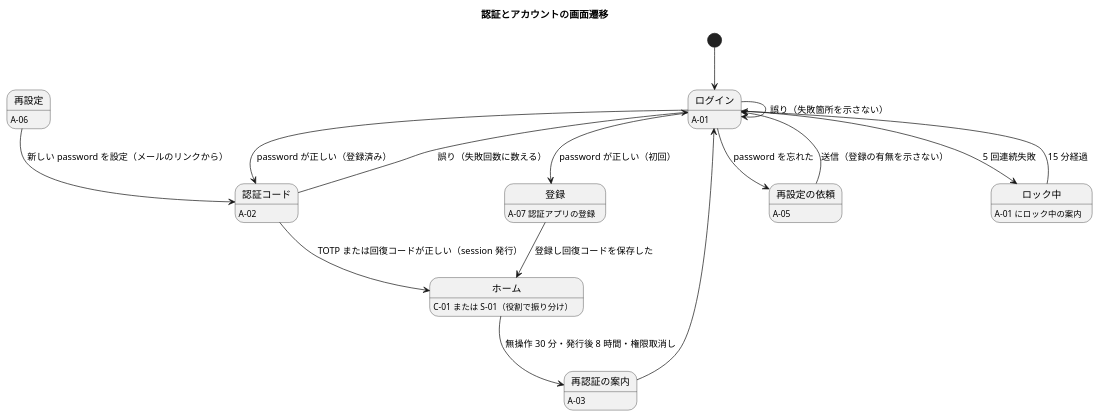
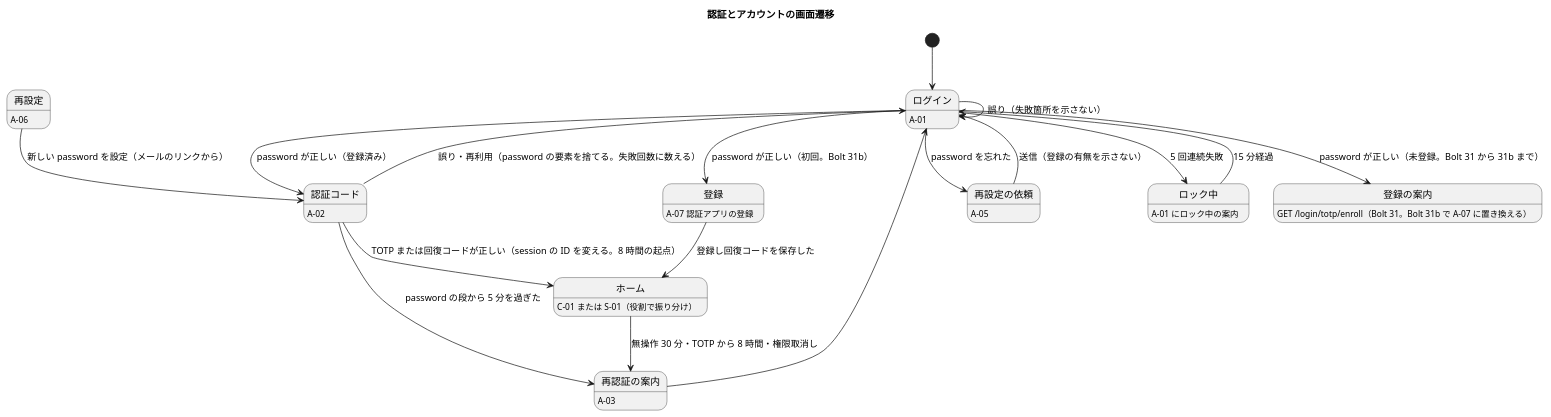
The second of 25 diagrams in docs/design/cargo-tracker/ui_design.md (k2works/practical-domain-driven-design-in-enterpris-application), drawn with PlantUML before and after one commit. The commit also changed other lines of this file and 10 other files, not shown here.

````diff
--- a/docs/design/cargo-tracker/ui_design.md
+++ b/docs/design/cargo-tracker/ui_design.md
@@ -234,27 +236,30 @@
 ```plantuml
 @startuml
 title 認証とアカウントの画面遷移
 [*] --> ログイン
 ログイン : A-01
 認証コード : A-02
 登録 : A-07 認証アプリの登録
 再設定の依頼 : A-05
 再設定 : A-06
 ロック中 : A-01 にロック中の案内
+登録の案内 : GET /login/totp/enroll（Bolt 31。Bolt 31b で A-07 に置き換える）
 ログイン --> 認証コード : password が正しい（登録済み）
-ログイン --> 登録 : password が正しい（初回）
+ログイン --> 登録 : password が正しい（初回。Bolt 31b）
+ログイン --> 登録の案内 : password が正しい（未登録。Bolt 31 から 31b まで）
 登録 --> ホーム : 登録し回復コードを保存した
 ログイン --> ログイン : 誤り（失敗箇所を示さない）
 ログイン --> ロック中 : 5 回連続失敗
 ログイン --> 再設定の依頼 : password を忘れた
 再設定の依頼 --> ログイン : 送信（登録の有無を示さない）
 再設定 --> 認証コード : 新しい password を設定（メールのリンクから）
-認証コード --> ホーム : TOTP または回復コードが正しい（session 発行）
-認証コード --> ログイン : 誤り（失敗回数に数える）
+認証コード --> ホーム : TOTP または回復コードが正しい（session の ID を変える。8 時間の起点）
+認証コード --> ログイン : 誤り・再利用（password の要素を捨てる。失敗回数に数える）
+認証コード --> 再認証の案内 : password の段から 5 分を過ぎた
 ロック中 --> ログイン : 15 分経過
-ホーム --> 再認証の案内 : 無操作 30 分・発行後 8 時間・権限取消し
+ホーム --> 再認証の案内 : 無操作 30 分・TOTP から 8 時間・権限取消し
 再認証の案内 : A-03
 再認証の案内 --> ログイン
 ホーム : C-01 または S-01（役割で振り分け）
 @enduml
 ```
````
